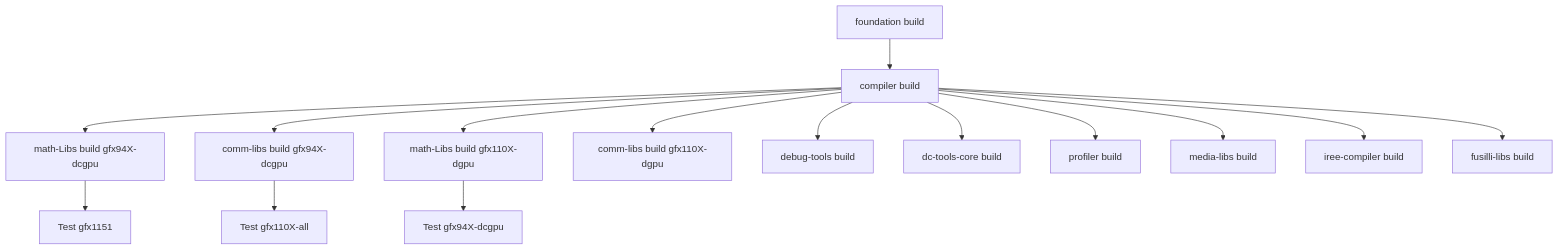
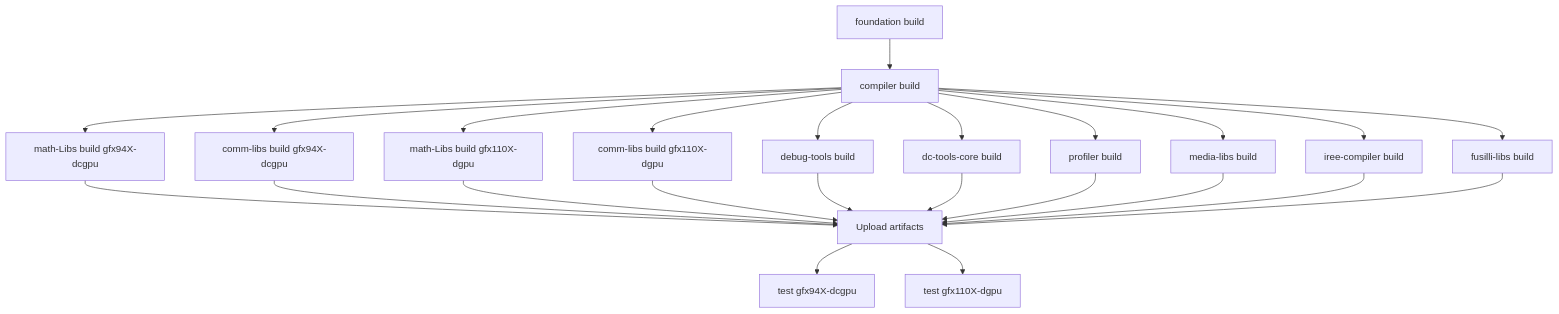
One commit to ROCm/TheRock changed the first of 3 diagrams in docs/development/ci_overview.md. Above: the diagram before and after it, drawn with Mermaid.

Commit message:
adding more to mermaid

````diff
--- a/docs/development/ci_overview.md
+++ b/docs/development/ci_overview.md
@@ -19,17 +19,26 @@
 ```mermaid
 graph TD
     A[foundation build] --> B[compiler build]
     B --> C1[math-Libs build gfx94X-dcgpu]
     B --> C2[comm-libs build gfx94X-dcgpu]
     B --> C3[math-Libs build gfx110X-dgpu]
     B --> C4[comm-libs build gfx110X-dgpu]
     B --> C5[debug-tools build]
     B --> C6[dc-tools-core build]
     B --> C7[profiler build]
     B --> C8[media-libs build]
     B --> C9[iree-compiler build]
     B --> C10[fusilli-libs build]
-    C1 --> D1[Test gfx1151]
-    C2 --> D2[Test gfx110X-all]
-    C3 --> D3[Test gfx94X-dcgpu]
+    C1 --> D[Upload artifacts]
+    C2 --> D[Upload artifacts]
+    C3 --> D[Upload artifacts]
+    C4 --> D[Upload artifacts]
+    C5 --> D[Upload artifacts]
+    C6 --> D[Upload artifacts]
+    C7 --> D[Upload artifacts]
+    C8 --> D[Upload artifacts]
+    C9 --> D[Upload artifacts]
+    C10 --> D[Upload artifacts]
+    D --> E1[test gfx94X-dcgpu]
+    D --> E2[test gfx110X-dgpu]
 ```
````
